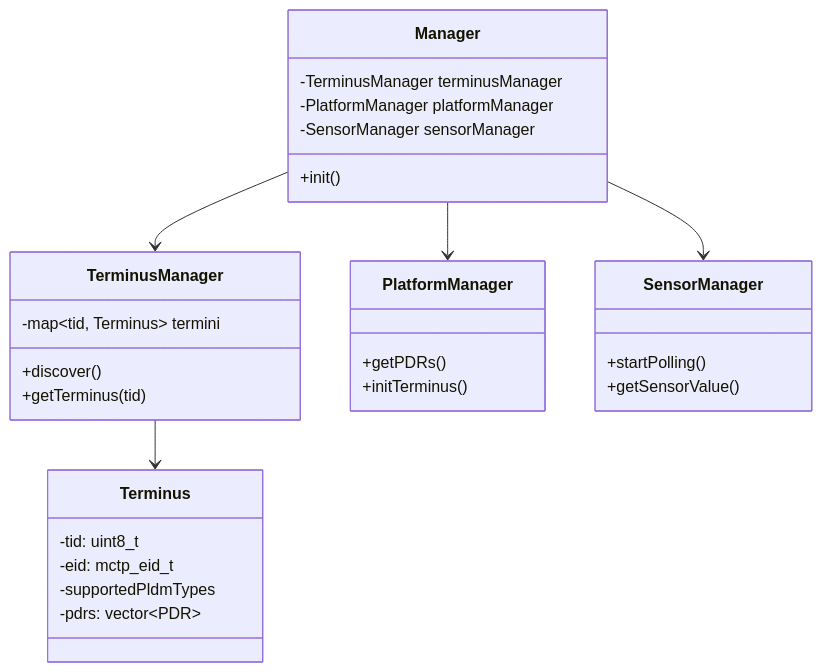
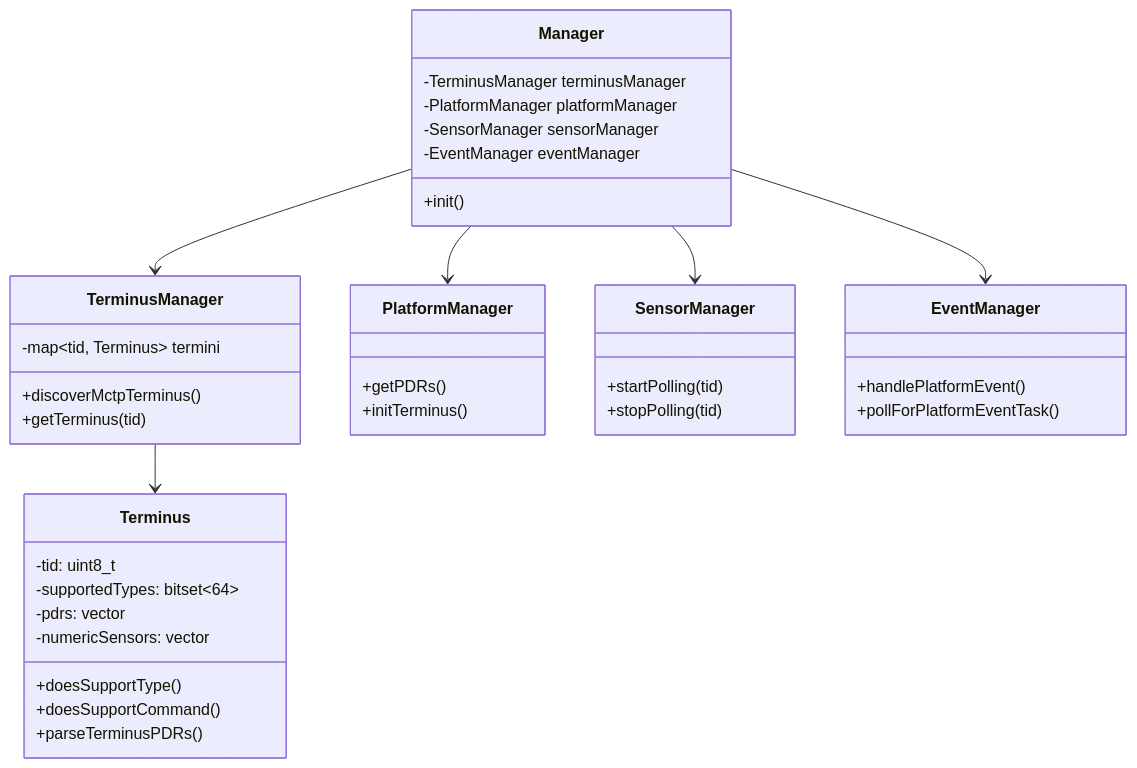
The second of 2 diagrams in pldm/CodeOrganization.md (chilung-cgu/bmc-firmware-knowledge-base), drawn with Mermaid before and after one commit. The commit also changed other lines of this file and 19 other files, not shown here.

First line of the commit message:
docs(mctp,pldm): 擴充與完善技術筆記

````diff
--- a/pldm/CodeOrganization.md
+++ b/pldm/CodeOrganization.md
@@ -177,37 +178,47 @@
 ```mermaid
 classDiagram
     class Manager {
         -TerminusManager terminusManager
         -PlatformManager platformManager
         -SensorManager sensorManager
+        -EventManager eventManager
         +init()
     }
-    
+
     class TerminusManager {
         -map~tid, Terminus~ termini
-        +discover()
+        +discoverMctpTerminus()
         +getTerminus(tid)
     }
-    
+
     class Terminus {
         -tid: uint8_t
-        -eid: mctp_eid_t
-        -supportedPldmTypes
-        -pdrs: vector~PDR~
+        -supportedTypes: bitset~64~
+        -pdrs: vector
+        -numericSensors: vector
+        +doesSupportType()
+        +doesSupportCommand()
+        +parseTerminusPDRs()
     }
-    
+
     class PlatformManager {
         +getPDRs()
         +initTerminus()
     }
-    
+
     class SensorManager {
-        +startPolling()
-        +getSensorValue()
+        +startPolling(tid)
+        +stopPolling(tid)
     }
-    
+
+    class EventManager {
+        +handlePlatformEvent()
+        +pollForPlatformEventTask()
+    }
+
     Manager --> TerminusManager
     Manager --> PlatformManager
     Manager --> SensorManager
+    Manager --> EventManager
     TerminusManager --> Terminus
 ```
````
